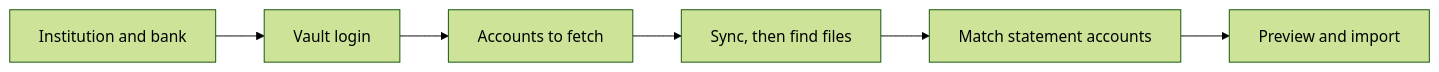
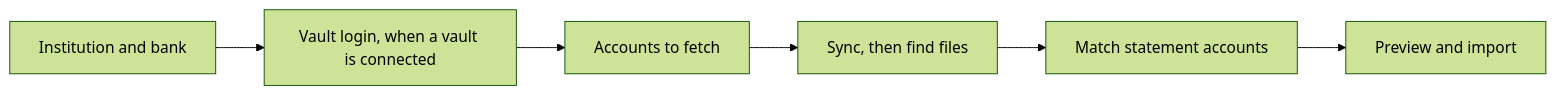
Before and after one commit to spinningyoyo/omsync: the third of 3 diagrams in docs/architecture/interface.md, drawn with Mermaid (forest theme). The commit also changed other lines of this file and 55 other files, not shown here.

````diff
--- a/docs/architecture/interface.md
+++ b/docs/architecture/interface.md
@@ -38,8 +38,8 @@
 ```mermaid
 flowchart LR
-    Bank[Institution and bank] --> Login[Vault login]
+    Bank[Institution and bank] --> Login[Vault login, when a vault is connected]
     Login --> Accounts[Accounts to fetch]
     Accounts --> Sync[Sync, then find files]
     Sync --> Map[Match statement accounts]
     Map --> Import[Preview and import]
 ```
````
